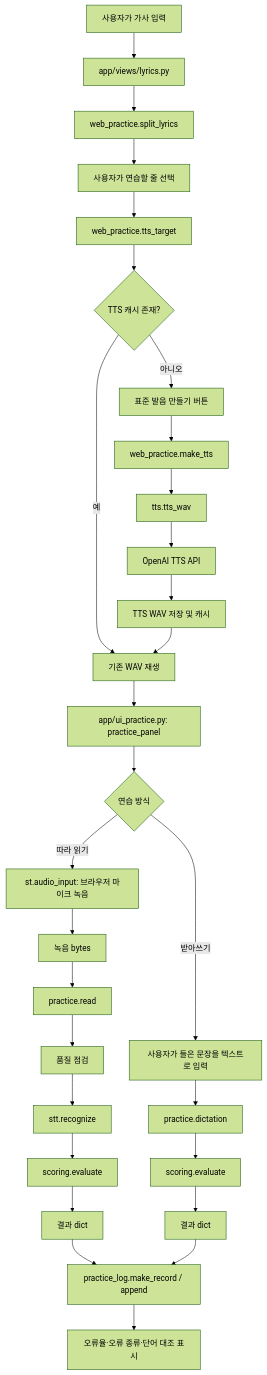
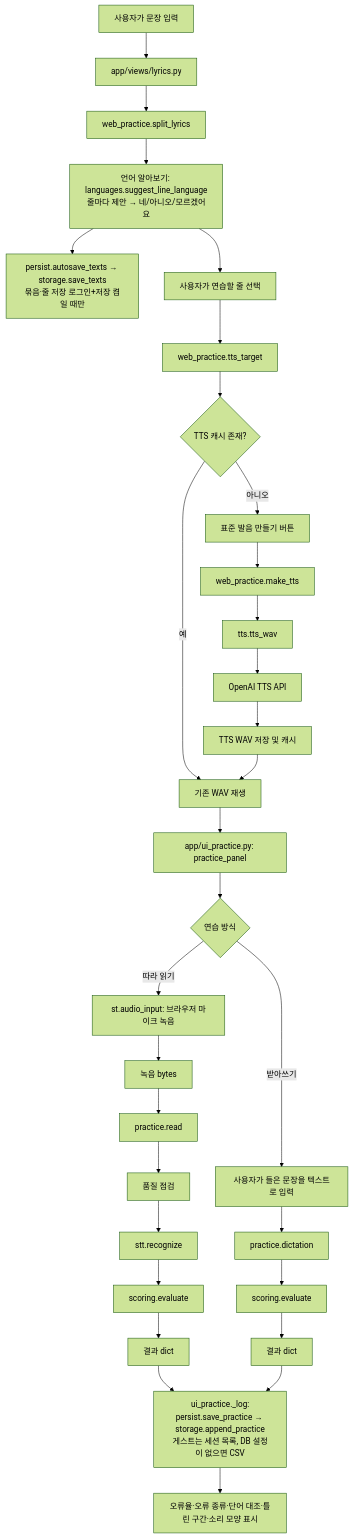
Before and after one commit to greenkey20/song-lingo: the fourth of 12 diagrams in docs/module_structures_and_data_flow.md, drawn with Mermaid (forest theme). The commit also changed other lines of this file and 4 other files, not shown here.

````diff
--- a/docs/module_structures_and_data_flow.md
+++ b/docs/module_structures_and_data_flow.md
@@ -147,33 +185,35 @@
 ```mermaid
 flowchart TD
-    U[사용자가 가사 입력] --> L[app/views/lyrics.py]
+    U[사용자가 문장 입력] --> L[app/views/lyrics.py]
     L --> SPLIT[web_practice.split_lyrics]
-    SPLIT --> LINE[사용자가 연습할 줄 선택]
+    SPLIT --> LANG[언어 알아보기: languages.suggest_line_language<br/>줄마다 제안 → 네/아니오/모르겠어요]
+    LANG --> SAVE1[persist.autosave_texts → storage.save_texts<br/>묶음·줄 저장 로그인+저장 켬일 때만]
+    LANG --> LINE[사용자가 연습할 줄 선택]
     LINE --> TARGET[web_practice.tts_target]
     TARGET --> CACHE{TTS 캐시 존재?}
     CACHE -->|예| PLAY[기존 WAV 재생]
     CACHE -->|아니오| BTN[표준 발음 만들기 버튼]
     BTN --> MAKE[web_practice.make_tts]
     MAKE --> TTS[tts.tts_wav]
     TTS --> API[OpenAI TTS API]
     API --> WAV[TTS WAV 저장 및 캐시]
     WAV --> PLAY
 
     PLAY --> PANEL[app/ui_practice.py: practice_panel]
     PANEL --> MODE{연습 방식}
     MODE -->|따라 읽기| REC[st.audio_input: 브라우저 마이크 녹음]
     REC --> BYTES[녹음 bytes]
     BYTES --> READ[practice.read]
     READ --> QUALITY[품질 점검]
     QUALITY --> STT[stt.recognize]
     STT --> EVAL[scoring.evaluate]
     EVAL --> RESULT[결과 dict]
-    RESULT --> LOG[practice_log.make_record / append]
-    LOG --> DISPLAY[오류율·오류 종류·단어 대조 표시]
+    RESULT --> LOG[ui_practice._log:<br/>persist.save_practice → storage.append_practice<br/>게스트는 세션 목록, DB 설정이 없으면 CSV]
+    LOG --> DISPLAY[오류율·오류 종류·단어 대조·틀린 구간·소리 모양 표시]
 
     MODE -->|받아쓰기| TEXT[사용자가 들은 문장을 텍스트로 입력]
     TEXT --> DICT[practice.dictation]
     DICT --> EVAL2[scoring.evaluate]
     EVAL2 --> RESULT2[결과 dict]
     RESULT2 --> LOG
 ```
````
